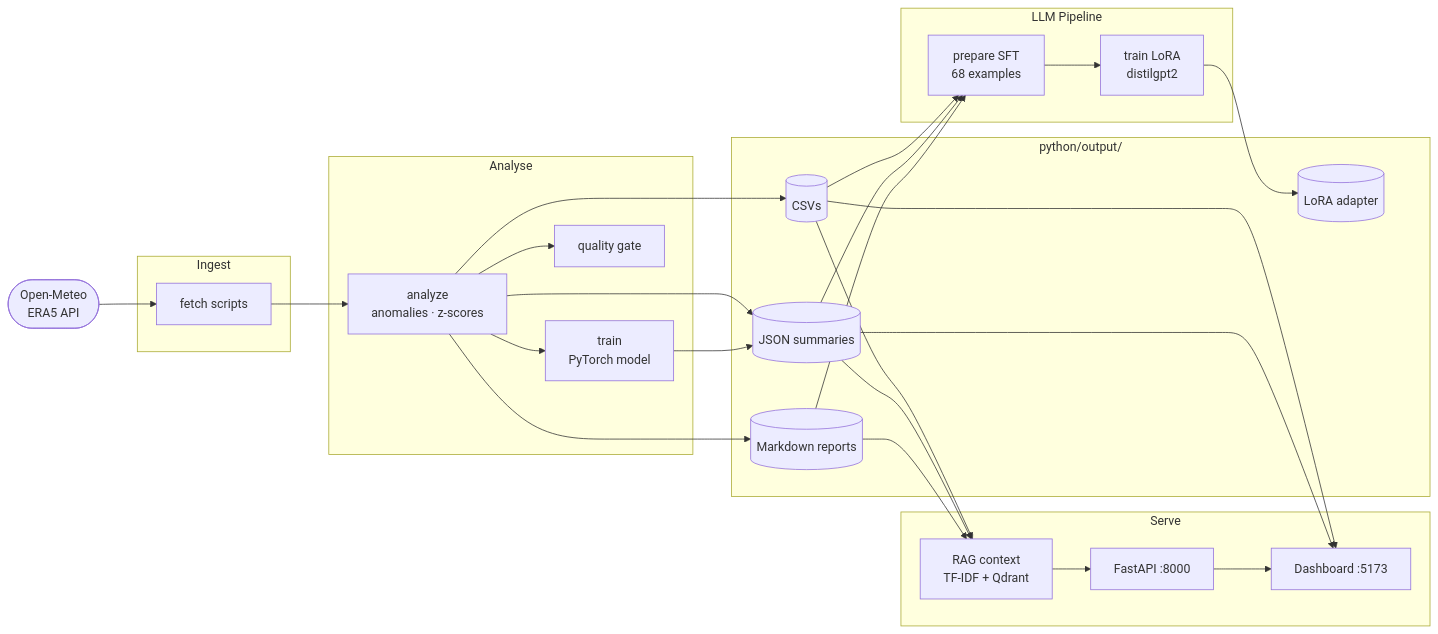
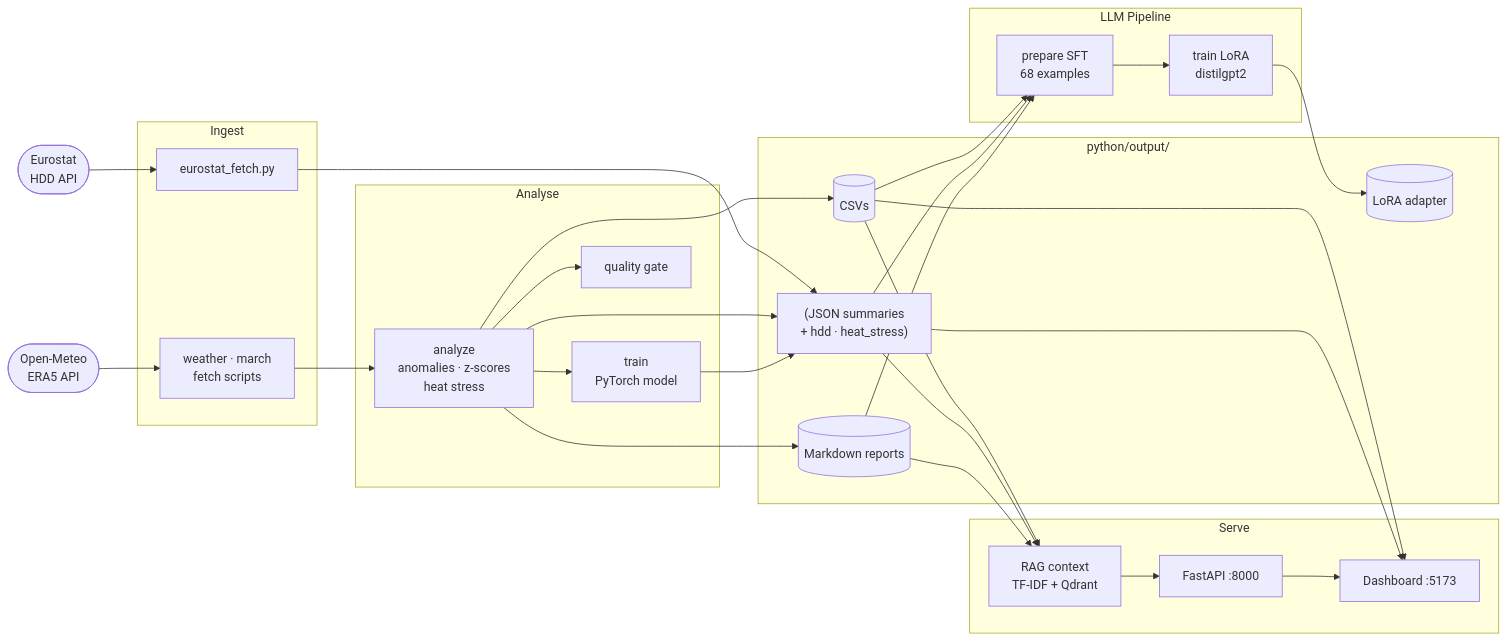
Before and after one commit to andrius-eng/ml: the second of 2 diagrams in README.md, drawn with Mermaid.

Commit message:
docs: update Mermaid diagrams for Eurostat and heat stress additions
- README Data Flow: add Eurostat HDD API source and eurostat_fetch.py node,
  annotate JSON summaries with hdd · heat_stress artifacts
- GENAI Architecture: add heat_stress.json and hdd.json to PipelineOutputs

````diff
--- a/README.md
+++ b/README.md
@@ -78,45 +78,52 @@
 ```mermaid
 flowchart LR
-    API([Open-Meteo
-ERA5 API])
+    API(["Open-Meteo
+ERA5 API"])
+    EURO(["Eurostat
+HDD API"])
 
     subgraph Ingest
-        FETCH[fetch scripts]
+        FETCH["weather · march
+fetch scripts"]
+        EFETCH["eurostat_fetch.py"]
     end
 
     subgraph Analyse
-        AN[analyze
-anomalies · z-scores]
-        TR[train
-PyTorch model]
-        QG[quality gate]
+        AN["analyze
+anomalies · z-scores
+heat stress"]
+        TR["train
+PyTorch model"]
+        QG["quality gate"]
     end
 
     subgraph Artifacts["python/output/"]
         CSV[(CSVs)]
-        JSON2[(JSON summaries)]
+        JSON2["(JSON summaries
++ hdd · heat_stress)"]
         MD[(Markdown reports)]
         LORA[(LoRA adapter)]
     end
 
     subgraph LLM["LLM Pipeline"]
-        SFT[prepare SFT
-68 examples]
-        FTRAIN[train LoRA
-distilgpt2]
+        SFT["prepare SFT
+68 examples"]
+        FTRAIN["train LoRA
+distilgpt2"]
     end
 
     subgraph Serve
-        RAG[RAG context
-TF-IDF + Qdrant]
-        FAST[FastAPI :8000]
-        UI[Dashboard :5173]
+        RAG["RAG context
+TF-IDF + Qdrant"]
+        FAST["FastAPI :8000"]
+        UI["Dashboard :5173"]
     end
 
     API --> FETCH --> AN --> TR & QG
+    EURO --> EFETCH --> JSON2
     AN --> CSV & JSON2 & MD
     TR --> JSON2
     CSV & JSON2 & MD --> SFT --> FTRAIN --> LORA
     CSV & JSON2 & MD --> RAG --> FAST --> UI
     CSV & JSON2 --> UI
 ```
````
